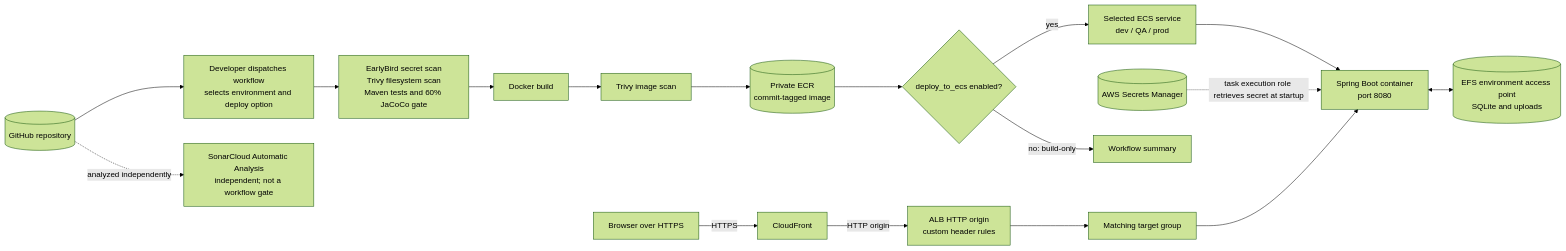
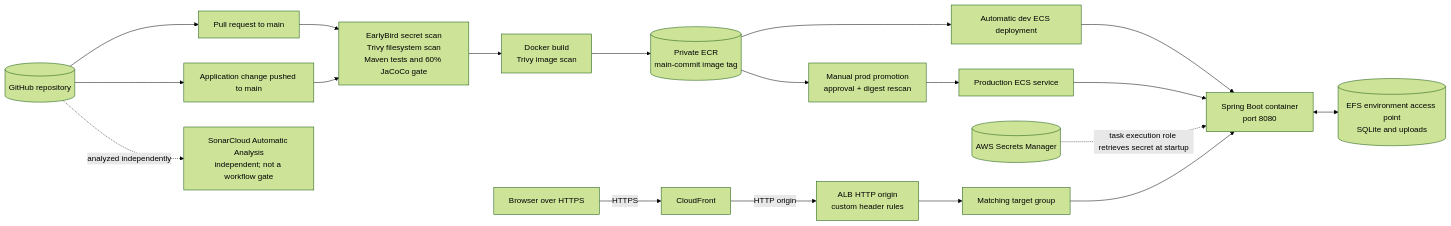
The diagram in ARCHITECTURE.md (ManikalaSunitha/CI-CD-Automation-and-Cloud-Deployment), drawn with Mermaid (forest theme) before and after one commit. The commit also changed other lines of this file and 4 other files, not shown here.

Commit message:
Added workflow for prod release

````diff
--- a/ARCHITECTURE.md
+++ b/ARCHITECTURE.md
@@ -9,28 +9,31 @@
 ```mermaid
 flowchart LR
   Repo[("GitHub repository")]
-  Dev["Developer dispatches workflow<br/>selects environment and deploy option"]
+  PR["Pull request to main"]
+  Push["Application change pushed to main"]
   Gates["EarlyBird secret scan<br/>Trivy filesystem scan<br/>Maven tests and 60% JaCoCo gate"]
   Sonar["SonarCloud Automatic Analysis<br/>independent; not a workflow gate"]
-  Build["Docker build"]
-  ImageScan["Trivy image scan"]
-  ECR[("Private ECR<br/>commit-tagged image")]
-  Deploy{"deploy_to_ecs enabled?"}
-  ECS["Selected ECS service<br/>dev / QA / prod"]
+  Build["Docker build<br/>Trivy image scan"]
+  ECR[("Private ECR<br/>main-commit image tag")]
+  Dev["Automatic dev ECS deployment"]
+  Promote["Manual prod promotion<br/>approval + digest rescan"]
+  Prod["Production ECS service"]
   Secrets[("AWS Secrets Manager")]
   Data[("EFS environment access point<br/>SQLite and uploads")]
   Browser["Browser over HTTPS"]
   CF["CloudFront"]
   ALB["ALB HTTP origin<br/>custom header rules"]
   TG["Matching target group"]
   App["Spring Boot container<br/>port 8080"]
 
-  Repo --> Dev --> Gates --> Build --> ImageScan --> ECR --> Deploy
+  Repo --> PR --> Gates
+  Repo --> Push --> Gates --> Build --> ECR
   Repo -. "analyzed independently" .-> Sonar
-  Deploy -->|yes| ECS
-  Deploy -->|no: build-only| Summary["Workflow summary"]
-  ECS --> App
+  ECR --> Dev
+  ECR --> Promote --> Prod
+  Dev --> App
+  Prod --> App
   Secrets -. "task execution role retrieves secret at startup" .-> App
   App <--> Data
   Browser -->|HTTPS| CF -->|HTTP origin| ALB --> TG --> App
 ```
````
